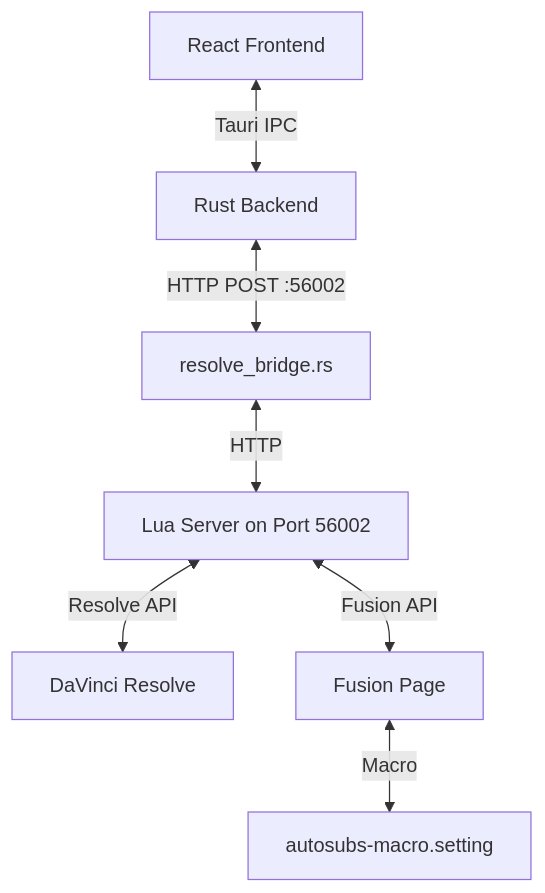
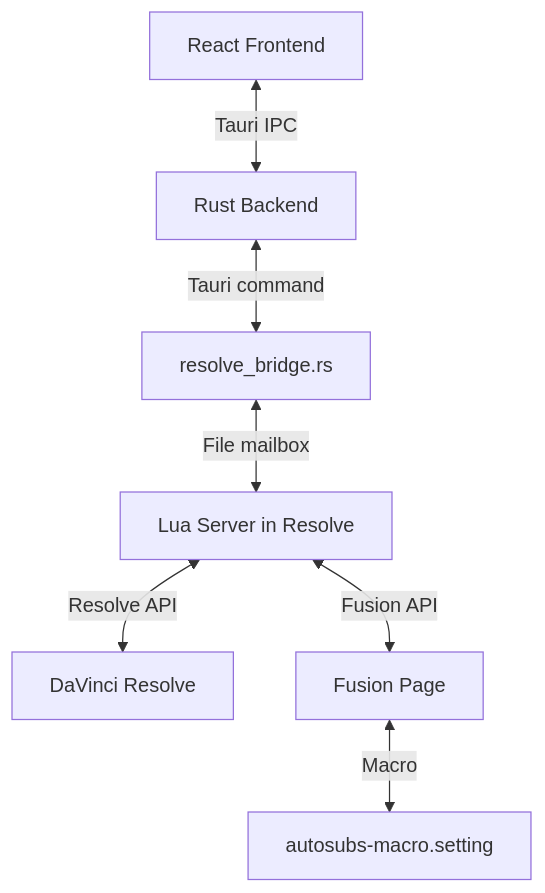
Before and after one commit to tmoroney/auto-subs: the diagram in Resolve-Integration/README.md, drawn with Mermaid. The commit also changed other lines of this file and 21 other files, not shown here.

First line of the commit message:
feat(resolve): replace socket bridge with file mailbox, auto-start from Resolve

````diff
--- a/Resolve-Integration/README.md
+++ b/Resolve-Integration/README.md
@@ -16,9 +16,9 @@
 ```mermaid
 flowchart TD
     ReactFE[React Frontend] <-->|Tauri IPC| RustBE[Rust Backend]
-    RustBE <-->|HTTP POST :56002| resolve_bridge[resolve_bridge.rs]
-    resolve_bridge <-->|HTTP| LuaServer[Lua Server on Port 56002]
+    RustBE <-->|Tauri command| resolve_bridge[resolve_bridge.rs]
+    resolve_bridge <-->|File mailbox| LuaServer[Lua Server in Resolve]
     LuaServer <-->|Resolve API| Resolve[DaVinci Resolve]
     LuaServer <-->|Fusion API| Fusion[Fusion Page]
     Fusion <-->|Macro| Macro[autosubs-macro.setting]
 ```
````
